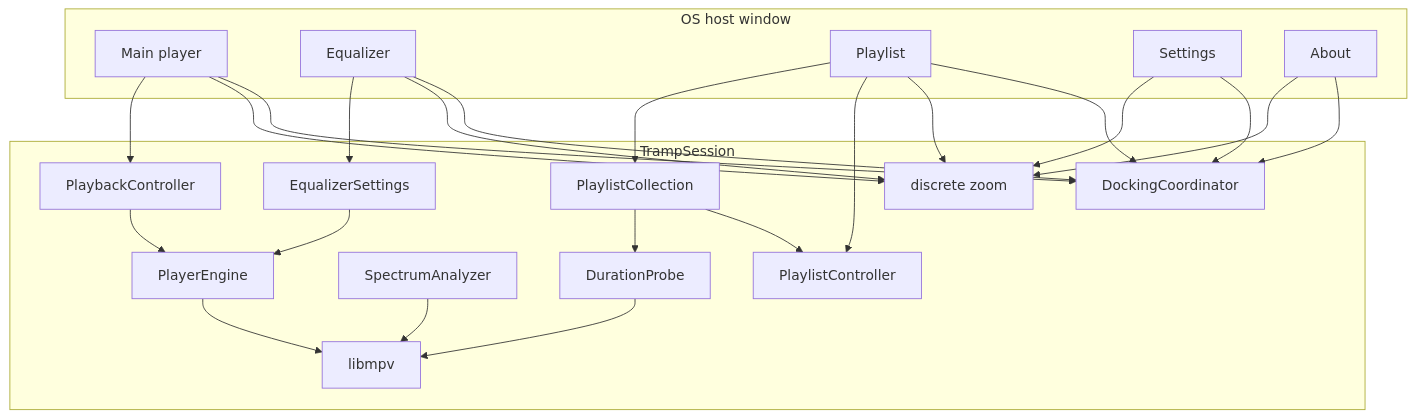
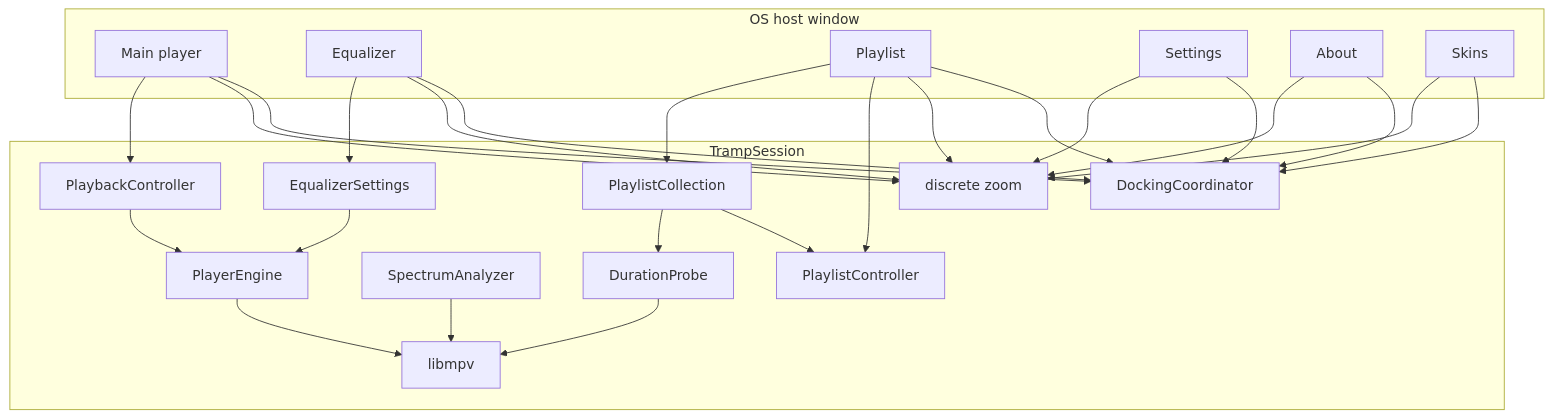
The second of 2 diagrams in docs/architecture.md (eliranbenishai/aoide), drawn with Mermaid before and after one commit. The commit also changed other lines of this file and 34 other files, not shown here.

````diff
--- a/docs/architecture.md
+++ b/docs/architecture.md
@@ -52,43 +52,46 @@
 ```mermaid
 flowchart TB
   subgraph host [OS host window]
     Main[Main player]
     Eq[Equalizer]
     Pl[Playlist]
     Set[Settings]
     About[About]
+    Skins[Skins]
   end
   subgraph session [TrampSession]
     Dock[DockingCoordinator]
     Zoom[discrete zoom]
     Play[PlaybackController]
     List[PlaylistController]
     Coll[PlaylistCollection]
     EqCtl[EqualizerSettings]
     Spec[SpectrumAnalyzer]
     Dur[DurationProbe]
     Eng[PlayerEngine]
     Mpv[libmpv]
   end
   Main --> Dock
   Eq --> Dock
   Pl --> Dock
   Set --> Dock
   About --> Dock
+  Skins --> Dock
   Main --> Zoom
   Eq --> Zoom
   Pl --> Zoom
   Set --> Zoom
   About --> Zoom
+  Skins --> Zoom
   Main --> Play
   Pl --> List
   Pl --> Coll
   Coll --> List
   Eq --> EqCtl
   Play --> Eng
   EqCtl --> Eng
   Spec --> Mpv
   Coll --> Dur
   Dur --> Mpv
   Eng --> Mpv
 ```
````
